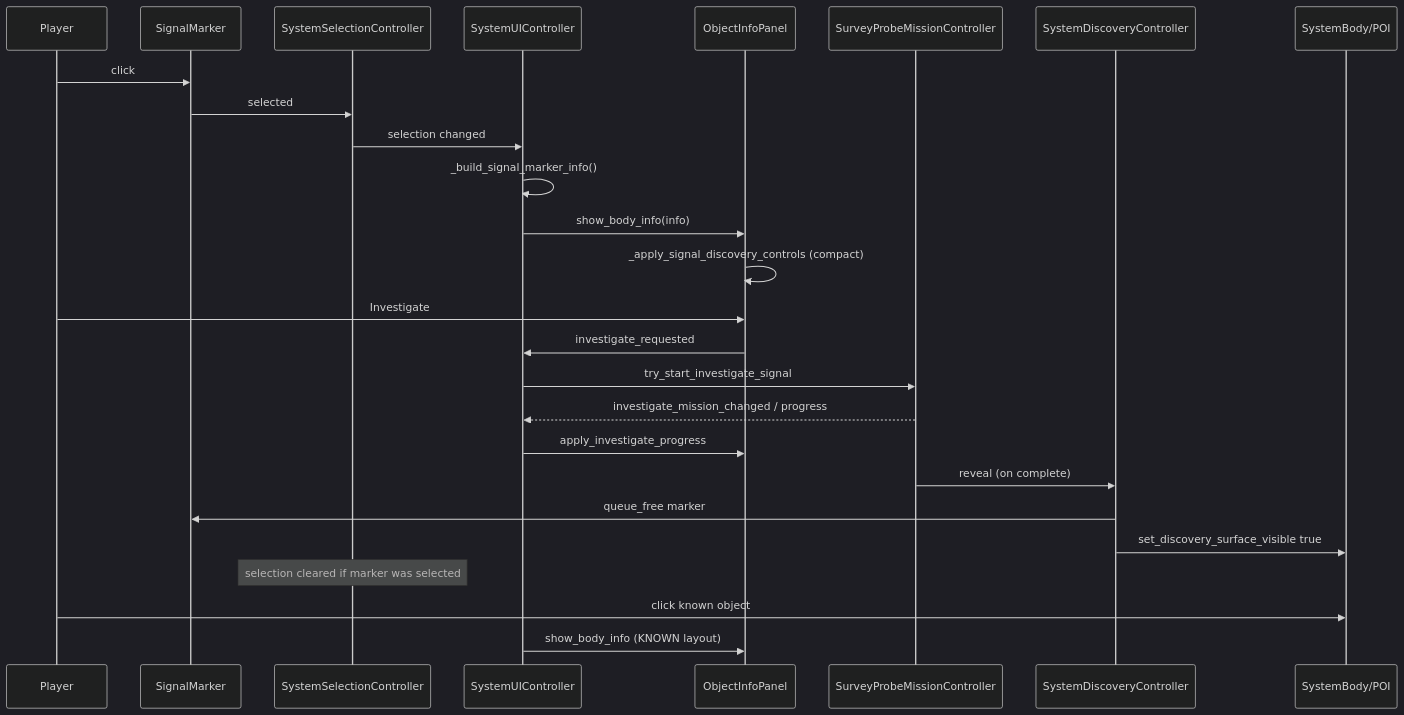
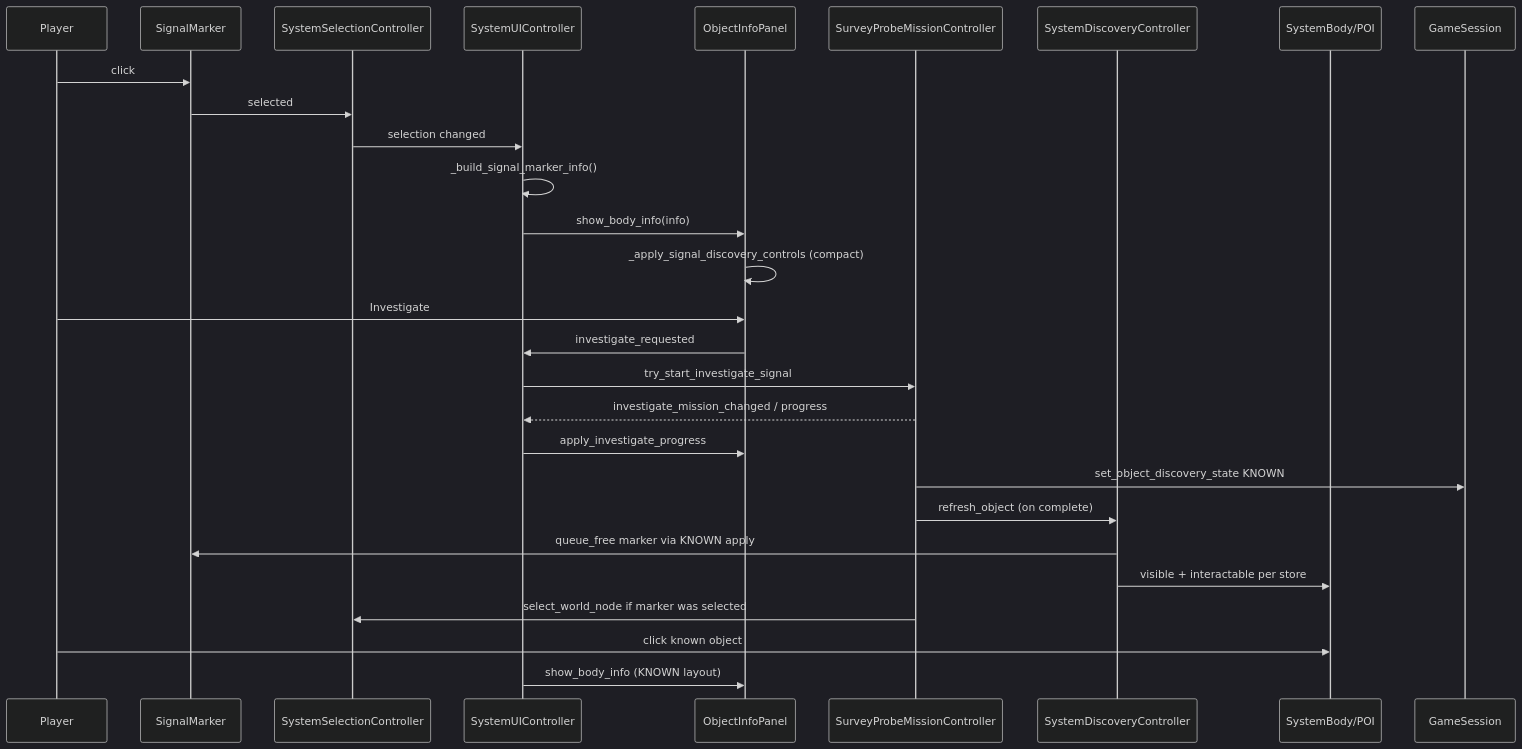
The diagram in docs/ui/object_info_panel_signal_layout_v0_1.md (Peeqoo/space-miner), drawn with Mermaid (dark theme) before and after one commit. The commit also changed other lines of this file and 3 other files, not shown here.

Commit message:
Update discovery refresh documentation

````diff
--- a/docs/ui/object_info_panel_signal_layout_v0_1.md
+++ b/docs/ui/object_info_panel_signal_layout_v0_1.md
@@ -195,31 +195,32 @@
 ```mermaid
 sequenceDiagram
     participant Player
     participant SignalMarker
     participant Selection as SystemSelectionController
     participant UI as SystemUIController
     participant Panel as ObjectInfoPanel
     participant Mission as SurveyProbeMissionController
     participant Discovery as SystemDiscoveryController
     participant World as SystemBody/POI
 
     Player->>SignalMarker: click
     SignalMarker->>Selection: selected
     Selection->>UI: selection changed
     UI->>UI: _build_signal_marker_info()
     UI->>Panel: show_body_info(info)
     Panel->>Panel: _apply_signal_discovery_controls (compact)
 
     Player->>Panel: Investigate
     Panel->>UI: investigate_requested
     UI->>Mission: try_start_investigate_signal
     Mission-->>UI: investigate_mission_changed / progress
     UI->>Panel: apply_investigate_progress
 
-    Mission->>Discovery: reveal (on complete)
-    Discovery->>SignalMarker: queue_free marker
-    Discovery->>World: set_discovery_surface_visible true
-    Note over Selection: selection cleared if marker was selected
+    Mission->>GameSession: set_object_discovery_state KNOWN
+    Mission->>Discovery: refresh_object (on complete)
+    Discovery->>SignalMarker: queue_free marker via KNOWN apply
+    Discovery->>World: visible + interactable per store
+    Mission->>Selection: select_world_node if marker was selected
     Player->>World: click known object
     UI->>Panel: show_body_info (KNOWN layout)
 ```
````
